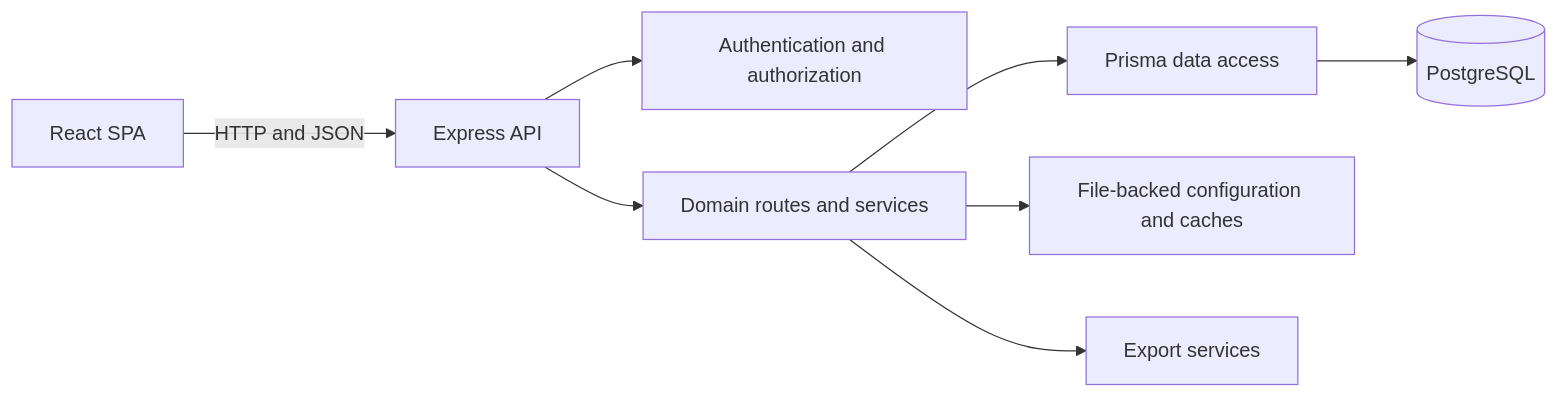
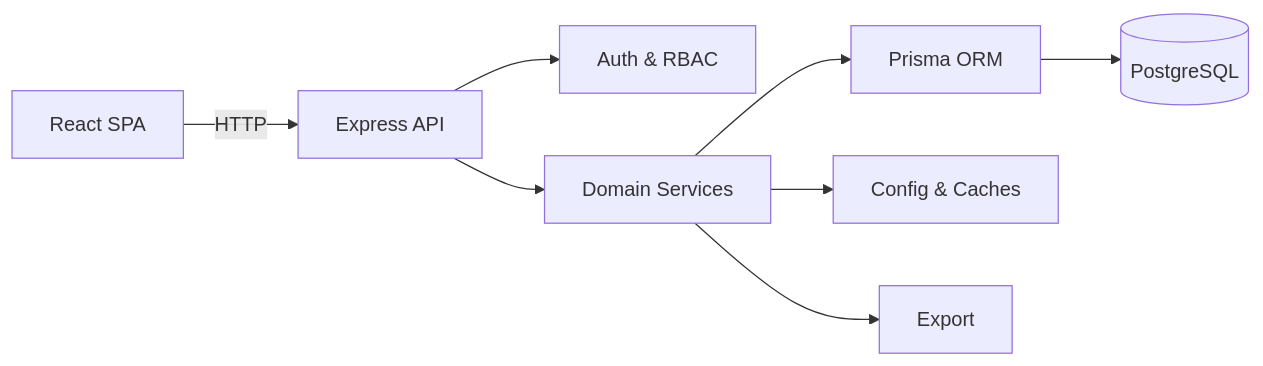
Before and after one commit to lihaozhe013/my-portfolio: the diagram in src/content/projects/tradeflow-system.md, drawn with Mermaid. The commit also changed other lines of this file and 2 other files, not shown here.

````diff
--- a/src/content/projects/tradeflow-system.md
+++ b/src/content/projects/tradeflow-system.md
@@ -80,12 +89,12 @@
 ```mermaid
 flowchart LR
-  accTitle: Tradeflow System high-level architecture
-  accDescr: The React frontend communicates with the Express API, which connects domain services to authentication, Prisma data access, PostgreSQL, configuration caches, and export services.
-  UI[React SPA] -->|HTTP and JSON| API[Express API]
-  API --> AUTH[Authentication and authorization]
-  API --> DOMAIN[Domain routes and services]
-  DOMAIN --> ORM[Prisma data access]
+  accTitle: Tradeflow high-level architecture
+  accDescr: React SPA talks to Express API, which routes through auth and domain services to Prisma/PostgreSQL, caches, and export services.
+  UI[React SPA] -->|HTTP| API[Express API]
+  API --> AUTH[Auth & RBAC]
+  API --> DOMAIN[Domain Services]
+  DOMAIN --> ORM[Prisma ORM]
   ORM --> DB[(PostgreSQL)]
-  DOMAIN --> CACHE[File-backed configuration and caches]
-  DOMAIN --> EXPORT[Export services]
+  DOMAIN --> CACHE[Config & Caches]
+  DOMAIN --> EXPORT[Export]
 ```
````
